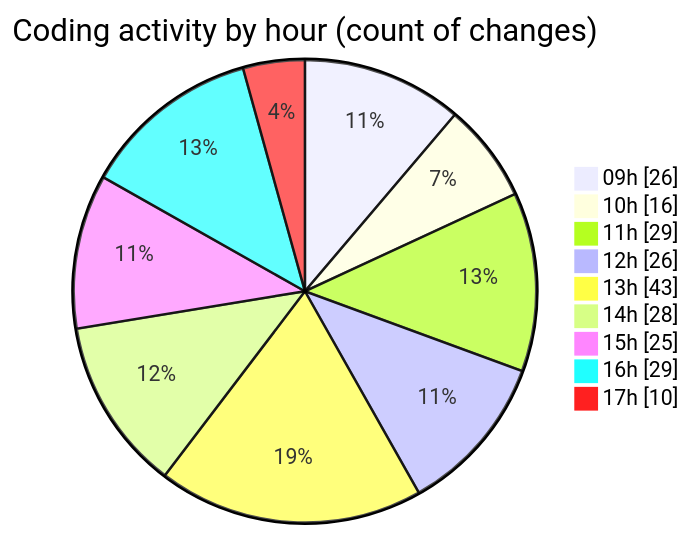
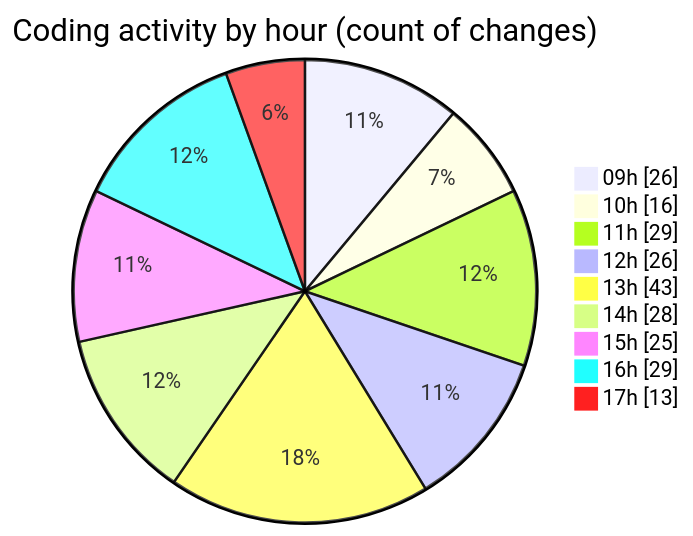
One commit to momahboobian/code-tracking changed the second of 2 diagrams in 2025-11-17/cda/README.md. Above: the diagram before and after it, drawn with Mermaid. The commit also changed other lines of this file and 1 other file, not shown here.

````diff
--- a/2025-11-17/cda/README.md
+++ b/2025-11-17/cda/README.md
@@ -44,13 +44,13 @@
 ```mermaid
 pie showData
 title Coding activity by hour (count of changes)
 "09h" : 26
 "10h" : 16
 "11h" : 29
 "12h" : 26
 "13h" : 43
 "14h" : 28
 "15h" : 25
 "16h" : 29
-"17h" : 10
+"17h" : 13
 ```
````
